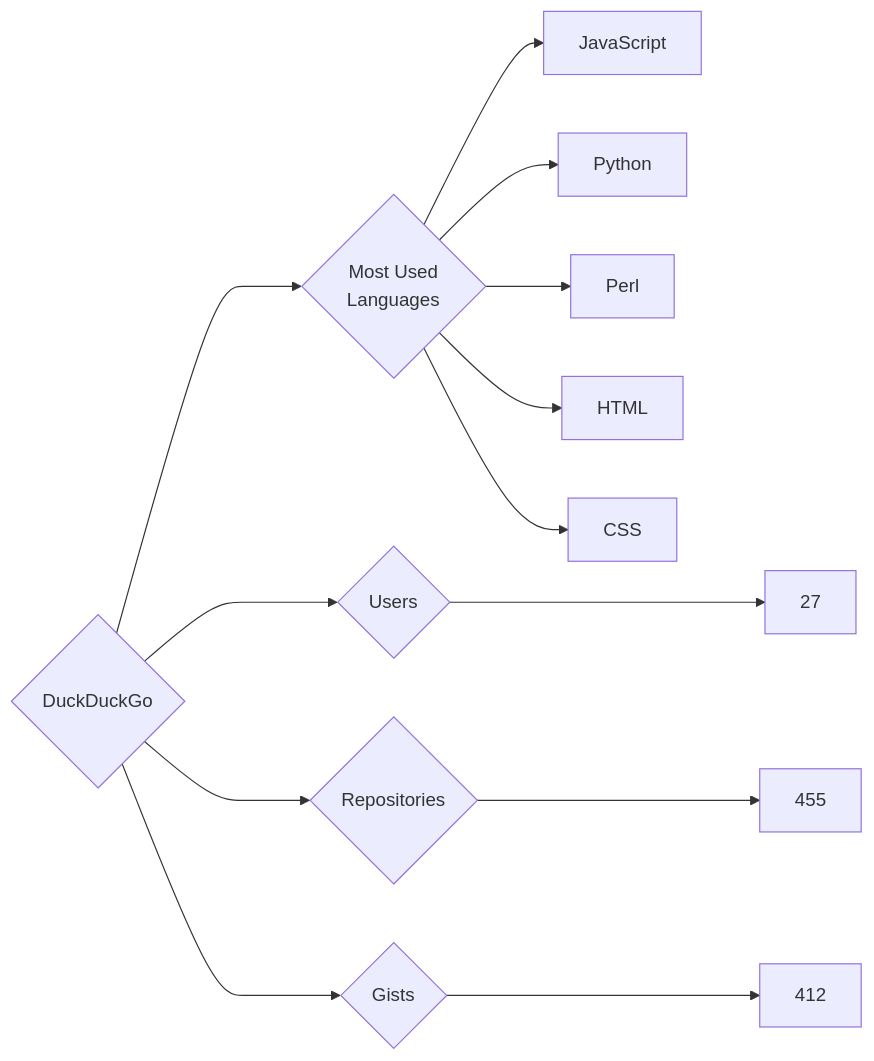
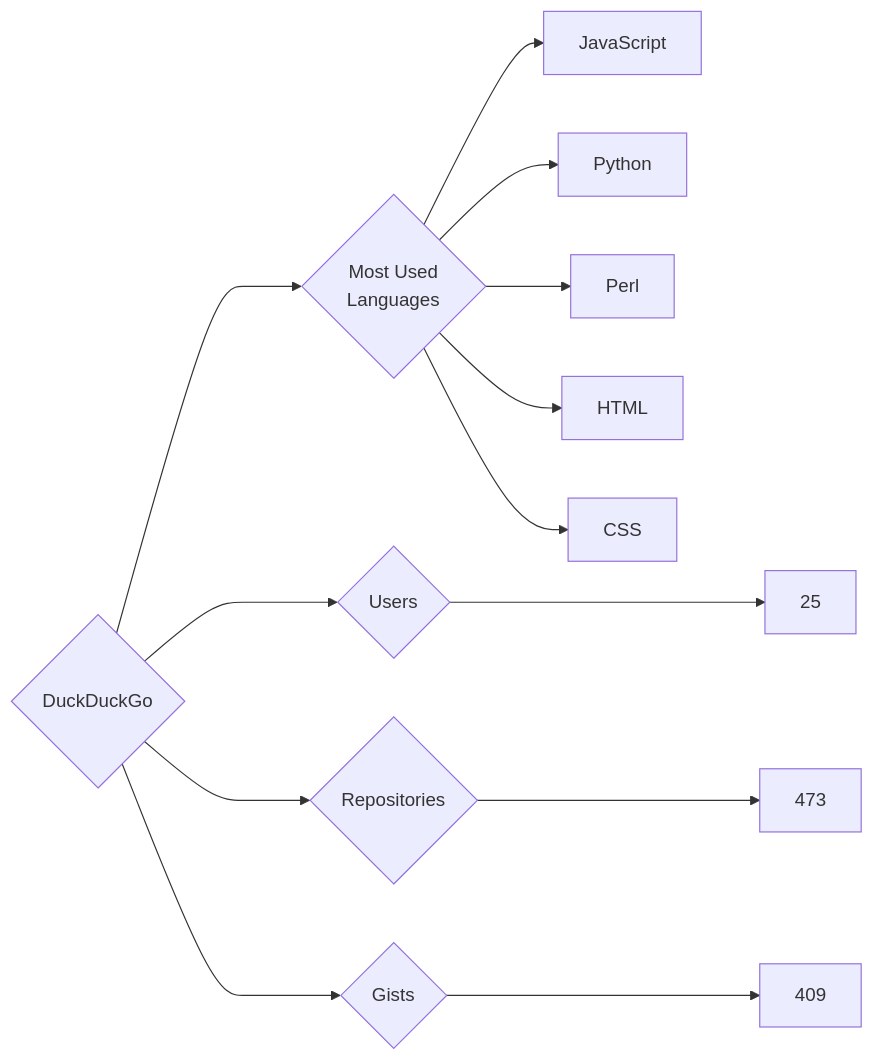
One commit to trickest/insiders changed the diagram in targets/DuckDuckGo/README.md. Above: the diagram before and after it, drawn with Mermaid. The commit also changed 1084 other files, not shown here.

````diff
--- a/targets/DuckDuckGo/README.md
+++ b/targets/DuckDuckGo/README.md
@@ -3,13 +3,13 @@
 ```mermaid
 graph LR
 COMPANY_NAME{DuckDuckGo}
-COMPANY_NAME ---> U{Users} ---> UN[27]
-COMPANY_NAME ---> R{Repositories} ---> RN[455]
-COMPANY_NAME ---> G{Gists} ---> GN[412]
+COMPANY_NAME ---> U{Users} ---> UN[25]
+COMPANY_NAME ---> R{Repositories} ---> RN[473]
+COMPANY_NAME ---> G{Gists} ---> GN[409]
 COMPANY_NAME ---> ML{Most Used<br>Languages}
 ML --> JavaScript[JavaScript]
 ML --> Python[Python]
 ML --> Perl[Perl]
 ML --> HTML[HTML]
 ML --> CSS[CSS]
 ```
````
